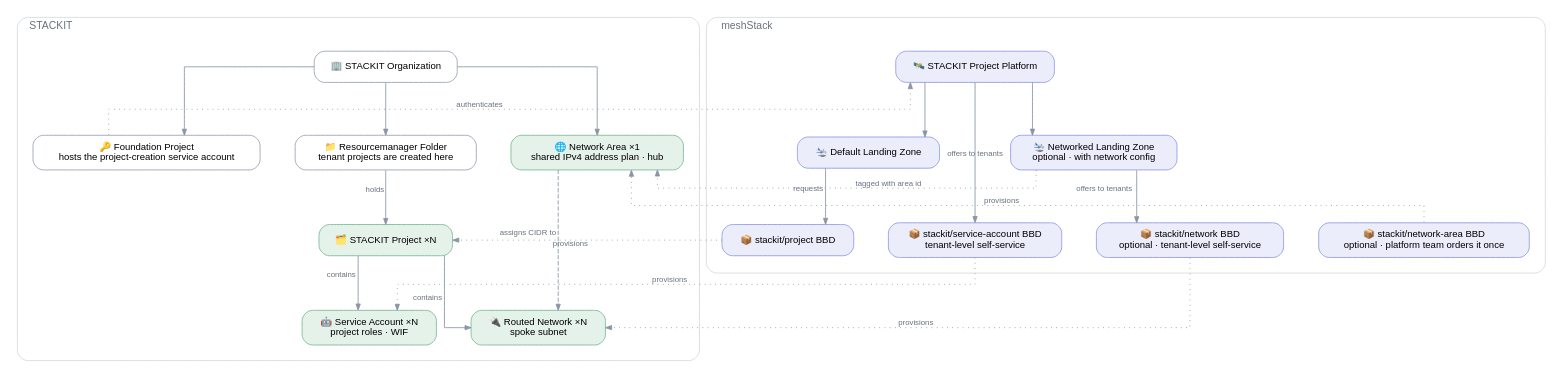
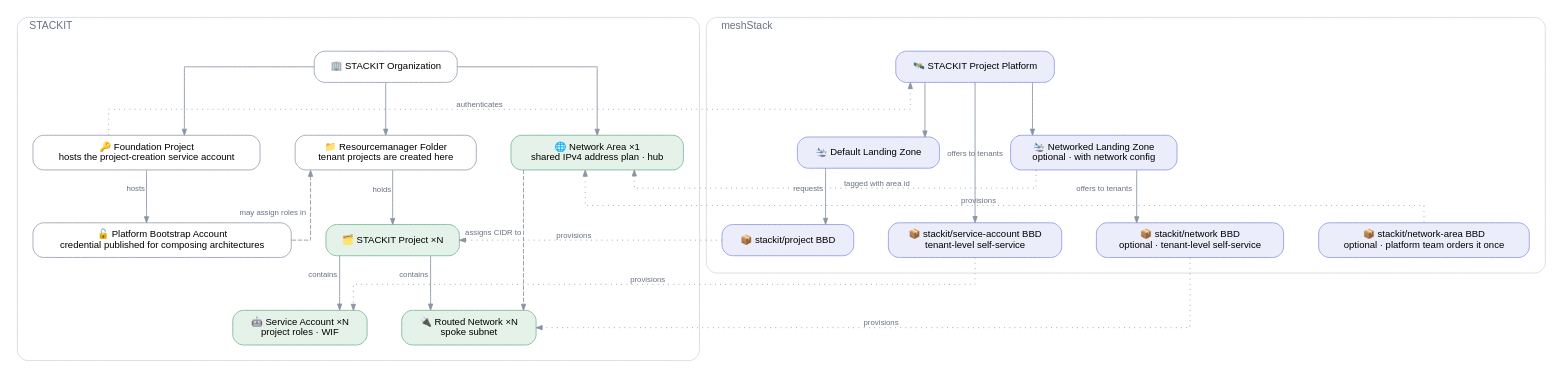
The diagram in reference-architectures/stackit-landingzone/stackit-landingzone.dot (meshcloud/meshstack-hub), drawn with Graphviz before and after one commit. The commit also changed 9 other files, not shown here.

```diff
--- a/reference-architectures/stackit-landingzone/stackit-landingzone.dot
+++ b/reference-architectures/stackit-landingzone/stackit-landingzone.dot
@@ -1,74 +1,77 @@
 /*
  * STACKIT Landing Zone reference architecture.
  * Conventions: .agents/references/diagrams.md — render with: task diagrams
  */
 digraph stackit_landingzone {
   rankdir=TB
   splines=ortho
   forcelabels=true
   bgcolor="white"
   nodesep=0.55
   ranksep=0.85
 
   node [shape=box style="rounded,filled" fontname="Helvetica" fontsize=11
         fillcolor="#ffffff" color="#a2abb8" penwidth=1.1 margin="0.20,0.11"]
   edge [fontname="Helvetica" fontsize=9 fontcolor="#697180" color="#8b95a3" arrowsize=0.7]
 
   subgraph cluster_stackit {
     label="  STACKIT"
     labeljust=l
     fontname="Helvetica" fontsize=12 fontcolor="#697180"
     style="rounded" color="#d5dae0"
     margin=18
 
     ORG    [label="🏢 STACKIT Organization" fillcolor="#ffffff" color="#a2abb8"]
     FOUND  [label="🔑 Foundation Project\nhosts the project-creation service account" fillcolor="#ffffff" color="#a2abb8"]
+    BOOT   [label="🔓 Platform Bootstrap Account\ncredential published for composing architectures" fillcolor="#ffffff" color="#a2abb8"]
     FOLDER [label="📁 Resourcemanager Folder\ntenant projects are created here" fillcolor="#ffffff" color="#a2abb8"]
     NA     [label="🌐 Network Area ×1\nshared IPv4 address plan · hub" fillcolor="#e5f2ea" color="#85bfa0"]
     PRJ    [label="🗂️ STACKIT Project ×N" fillcolor="#e5f2ea" color="#85bfa0"]
     SA     [label="🤖 Service Account ×N\nproject roles · WIF" fillcolor="#e5f2ea" color="#85bfa0"]
     SPOKE  [label="🔌 Routed Network ×N\nspoke subnet" fillcolor="#e5f2ea" color="#85bfa0"]
 
     { rank=same; FOUND -> FOLDER -> NA [style=invis] }
 
     ORG    -> FOUND
     ORG    -> FOLDER
     ORG    -> NA
+    FOUND  -> BOOT  [xlabel="hosts"]
+    BOOT   -> FOLDER [xlabel="may assign roles in" style=dashed constraint=false]
     FOLDER -> PRJ   [xlabel="holds"]
     PRJ    -> SA    [xlabel="contains"]
     PRJ    -> SPOKE [xlabel="contains"]
     NA     -> SPOKE [xlabel="assigns CIDR to" style=dashed constraint=false]
   }
 
   subgraph cluster_mesh {
     label="  meshStack"
     labeljust=l
     fontname="Helvetica" fontsize=12 fontcolor="#697180"
     style="rounded" color="#d5dae0"
     margin=18
 
     PLAT     [label="🛰️ STACKIT Project Platform" fillcolor="#ecedfb" color="#9aa2e6"]
     DEFLZ    [label="🛬 Default Landing Zone" fillcolor="#ecedfb" color="#9aa2e6"]
     NETLZ    [label="🛬 Networked Landing Zone\noptional · with network config" fillcolor="#ecedfb" color="#9aa2e6"]
     PRJBBD   [label="📦 stackit/project BBD" fillcolor="#ecedfb" color="#9aa2e6"]
     SABBD    [label="📦 stackit/service-account BBD\ntenant-level self-service" fillcolor="#ecedfb" color="#9aa2e6"]
     NABBD    [label="📦 stackit/network-area BBD\noptional · platform team orders it once" fillcolor="#ecedfb" color="#9aa2e6"]
     SPOKEBBD [label="📦 stackit/network BBD\noptional · tenant-level self-service" fillcolor="#ecedfb" color="#9aa2e6"]
 
     { rank=same; DEFLZ -> NETLZ [style=invis] }
     { rank=same; PRJBBD -> SABBD -> SPOKEBBD -> NABBD [style=invis] }
 
     PLAT  -> DEFLZ
     PLAT  -> NETLZ
     DEFLZ -> PRJBBD   [xlabel="requests"]
     PLAT  -> SABBD    [xlabel="offers to tenants"]
     NETLZ -> SPOKEBBD [xlabel="offers to tenants"]
   }
 
   FOUND    -> PLAT  [xlabel="authenticates" style=dotted constraint=false]
   PRJBBD   -> PRJ   [xlabel="provisions" style=dotted constraint=false]
   SABBD    -> SA    [xlabel="provisions" style=dotted constraint=false]
   NABBD    -> NA    [xlabel="provisions" style=dotted constraint=false]
   SPOKEBBD -> SPOKE [xlabel="provisions" style=dotted constraint=false]
   NETLZ    -> NA    [xlabel="tagged with area id" style=dotted constraint=false]
 }
```
